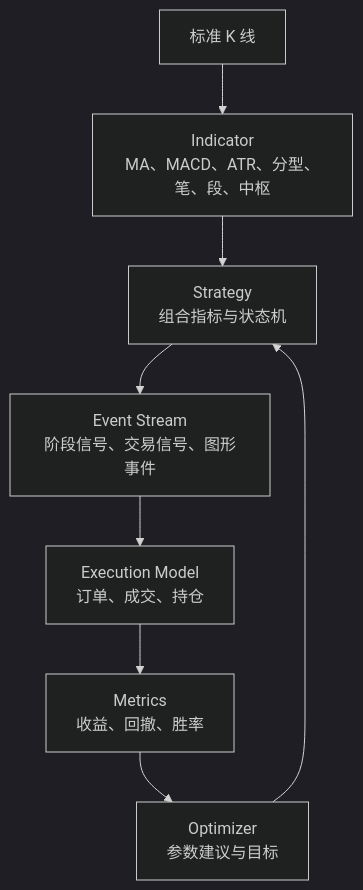
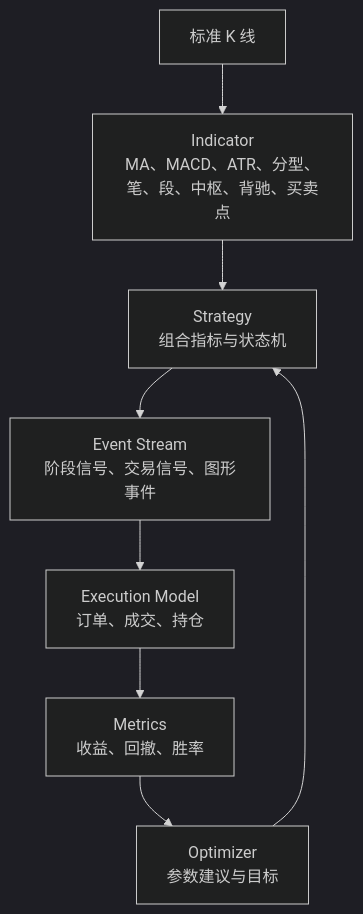
The diagram in docs/05-indicators-strategies-replay-backtest.md (luhouxiang/tradingview-historical-backtest), drawn with Mermaid (dark theme) before and after one commit. The commit also changed other lines of this file and 48 other files, not shown here.

```diff
--- a/docs/05-indicators-strategies-replay-backtest.md
+++ b/docs/05-indicators-strategies-replay-backtest.md
@@ -5,10 +5,10 @@
 ~~~mermaid
 flowchart TD
-    D["标准 K 线"] --> I["Indicator<br/>MA、MACD、ATR、分型、笔、段、中枢"]
+    D["标准 K 线"] --> I["Indicator<br/>MA、MACD、ATR、分型、笔、段、中枢、背驰、买卖点"]
     I --> S["Strategy<br/>组合指标与状态机"]
     S --> E["Event Stream<br/>阶段信号、交易信号、图形事件"]
     E --> X["Execution Model<br/>订单、成交、持仓"]
     X --> M["Metrics<br/>收益、回撤、胜率"]
     O["Optimizer<br/>参数建议与目标"] --> S
     M --> O
 ~~~
```
